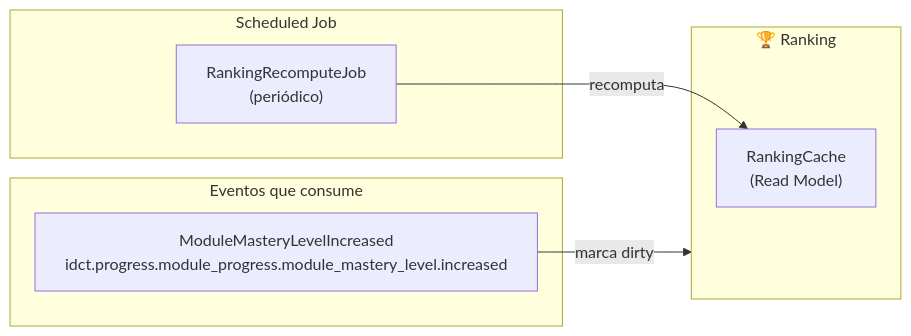
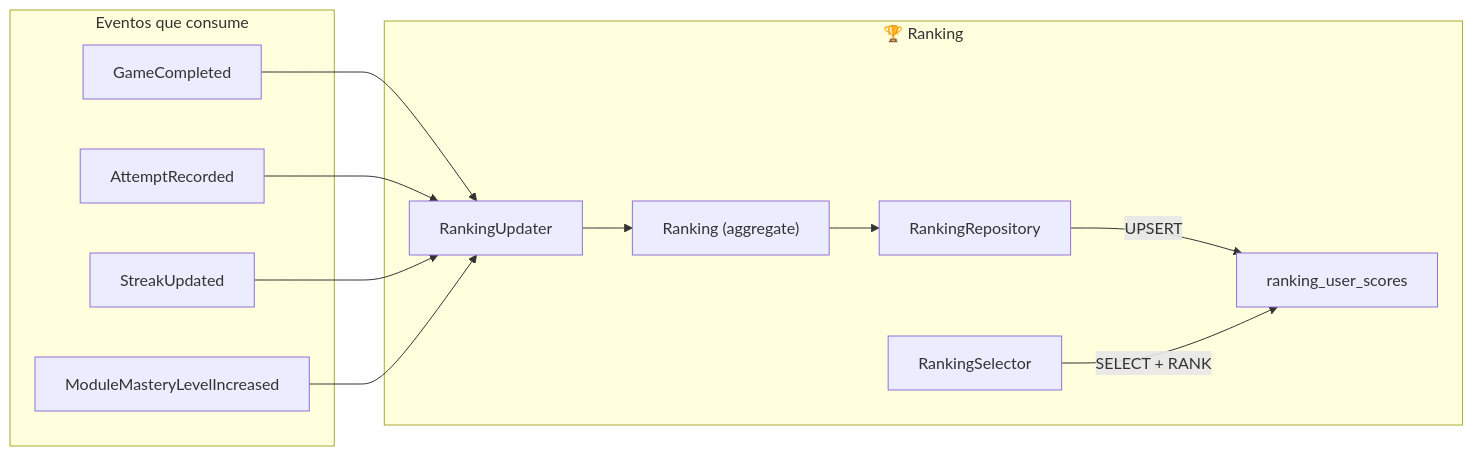
Before and after one commit to AbrahamVilchesDeLaCruz/ididntcatchthat: the sixth of 7 diagrams in docs/domain/bounded-contexts-detail.md, drawn with Mermaid. The commit also changed other lines of this file and 3 other files, not shown here.

First line of the commit message:
docs: sync cross-BC architecture for ranking and progress

````diff
--- a/docs/domain/bounded-contexts-detail.md
+++ b/docs/domain/bounded-contexts-detail.md
@@ -201,17 +201,26 @@
 ```mermaid
 graph LR
     subgraph Consumes ["Eventos que consume"]
-        C1["ModuleMasteryLevelIncreased\nidct.progress.module_progress.module_mastery_level.increased"]
+        C1["GameCompleted"]
+        C2["AttemptRecorded"]
+        C3["StreakUpdated"]
+        C4["ModuleMasteryLevelIncreased"]
     end
 
     subgraph Ranking ["🏆 Ranking"]
-        RC["RankingCache\n(Read Model)"]
+        U["RankingUpdater"]
+        Agg["Ranking (aggregate)"]
+        Repo["RankingRepository"]
+        Sel["RankingSelector"]
+        RS["ranking_user_scores"]
     end
 
-    subgraph Job ["Scheduled Job"]
-        J1["RankingRecomputeJob\n(periódico)"]
-    end
-
-    C1 -->|marca dirty| Ranking
-    J1 -->|recomputa| RC
+    C1 --> U
+    C2 --> U
+    C3 --> U
+    C4 --> U
+    U --> Agg
+    Agg --> Repo
+    Repo -->|UPSERT| RS
+    Sel -->|SELECT + RANK| RS
 ```
````
